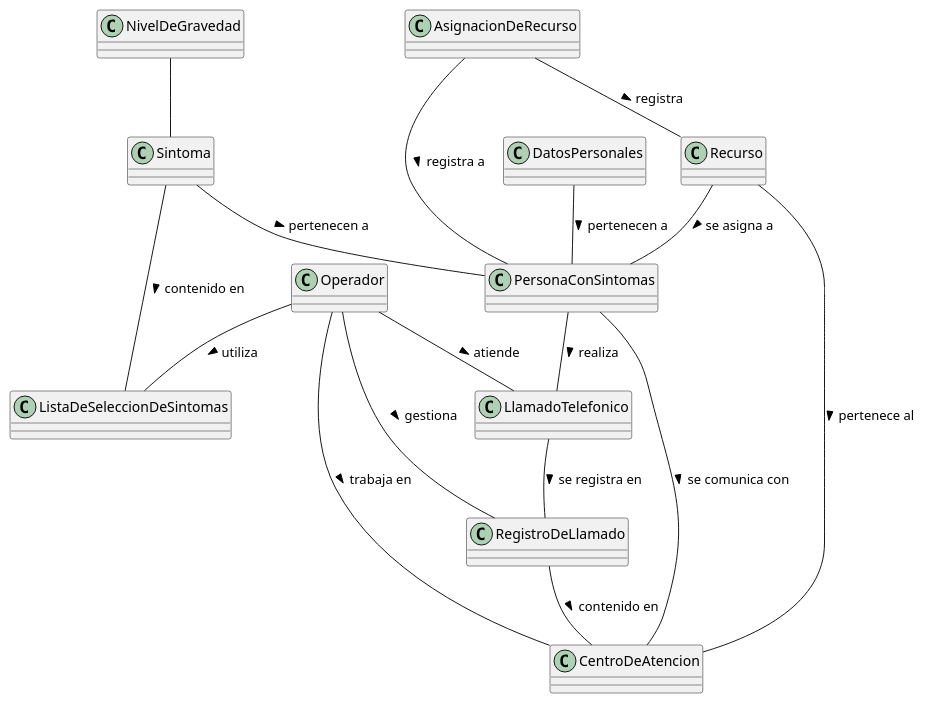
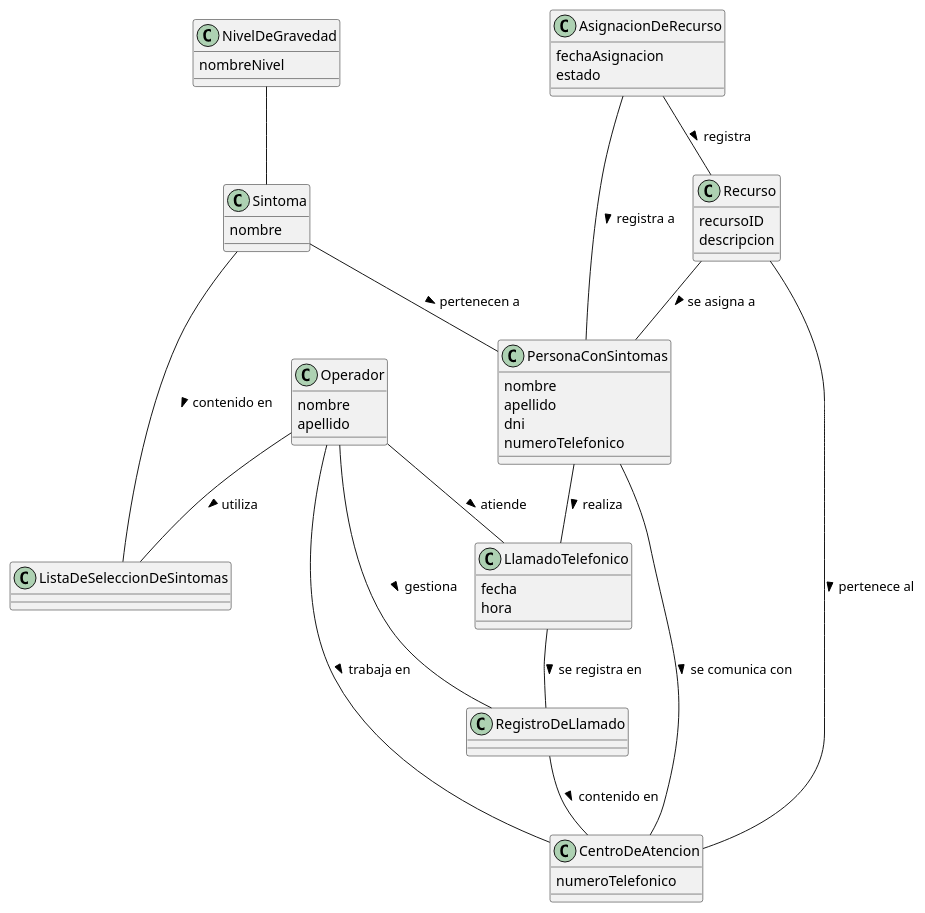
The diagram in casos de uso/registrar llamada/porcion #1/modelo de dominio.puml (jgraneros/Centro-de-atencion-de-llamadas), drawn with PlantUML before and after one commit. The commit also changed 1 other file, not shown here.

```diff
--- a/casos de uso/registrar llamada/porcion #1/modelo de dominio.puml
+++ b/casos de uso/registrar llamada/porcion #1/modelo de dominio.puml
@@ -1,34 +1,55 @@
 @startuml modelo de dominio
 
-class PersonaConSintomas{}
-class CentroDeAtencion{}
-class LlamadoTelefonico{}
-class Operador{}
+class PersonaConSintomas{
+    nombre
+    apellido
+    dni
+    numeroTelefonico
+}
+class CentroDeAtencion{
+    numeroTelefonico
+}
+class LlamadoTelefonico{
+    fecha
+    hora
+}
+class Operador{
+    nombre
+    apellido
+}
 class RegistroDeLlamado{}
-class DatosPersonales{}
 class ListaDeSeleccionDeSintomas{}
-class Sintoma{}
-class NivelDeGravedad{}
-class Recurso{}
-class AsignacionDeRecurso{}
+class Sintoma{
+    nombre
+}
+class NivelDeGravedad{
+    nombreNivel
+}
+class Recurso{
+    recursoID
+    descripcion
+}
+class AsignacionDeRecurso{
+    fechaAsignacion
+    estado
+}
 
 'asociaciones'
 
-DatosPersonales -- PersonaConSintomas: pertenecen a >
 Sintoma -- PersonaConSintomas: pertenecen a >
 Sintoma -- ListaDeSeleccionDeSintomas: contenido en >
 RegistroDeLlamado -- CentroDeAtencion: contenido en >
 Recurso -- CentroDeAtencion: pertenece al >
 LlamadoTelefonico -- RegistroDeLlamado: se registra en >
 Recurso -- PersonaConSintomas: se asigna a >
 Operador -- CentroDeAtencion: trabaja en >
 Operador -- RegistroDeLlamado: gestiona >
 Operador -- ListaDeSeleccionDeSintomas: utiliza >
 PersonaConSintomas -- CentroDeAtencion: se comunica con >
 PersonaConSintomas -- LlamadoTelefonico: realiza >
 Operador -- LlamadoTelefonico: atiende >
 AsignacionDeRecurso -- Recurso: registra >
 AsignacionDeRecurso -- PersonaConSintomas: registra a >
 NivelDeGravedad -- Sintoma
 
 @enduml
```
